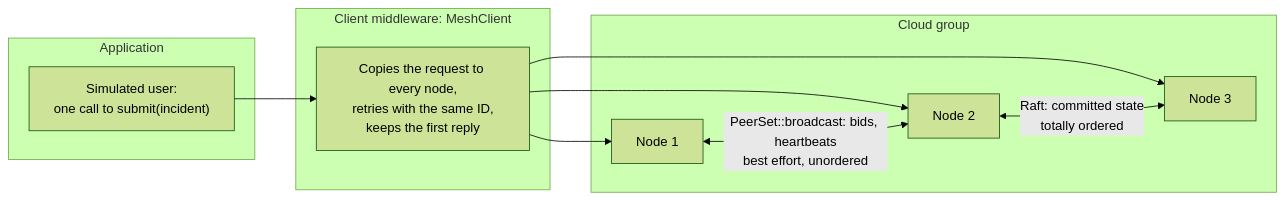
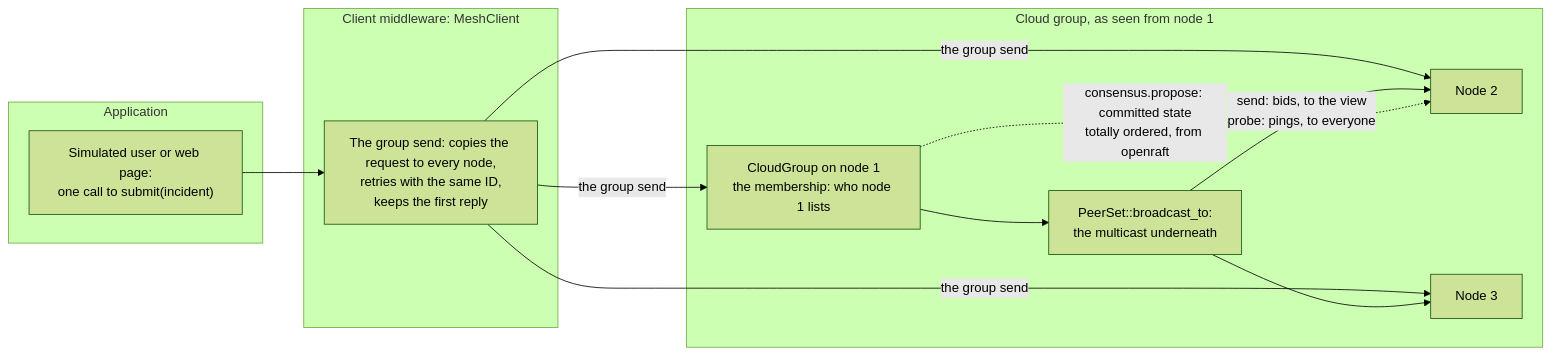
Before and after one commit to noortaytoy1/DistributedSystems: the seventh of 43 diagrams in docs/architecture.md, drawn with Mermaid (forest theme). The commit also changed other lines of this file and 7 other files, not shown here.

````diff
--- a/docs/architecture.md
+++ b/docs/architecture.md
@@ -278,20 +423,23 @@
 ```mermaid
 flowchart LR
     subgraph APP["Application"]
-        USER["Simulated user:<br/>one call to submit(incident)"]
+        USER["Simulated user or web page:<br/>one call to submit(incident)"]
     end
     subgraph MW["Client middleware: MeshClient"]
-        COPY["Copies the request to every node,<br/>retries with the same ID,<br/>keeps the first reply"]
+        COPY["The group send: copies the request to every node,<br/>retries with the same ID,<br/>keeps the first reply"]
     end
-    subgraph CLOUD["Cloud group"]
-        N1["Node 1"]
+    subgraph CLOUD["Cloud group, as seen from node 1"]
+        G["CloudGroup on node 1<br/>the membership: who node 1 lists"]
+        B["PeerSet::broadcast_to:<br/>the multicast underneath"]
         N2["Node 2"]
         N3["Node 3"]
+        G --> B
     end
     USER --> COPY
-    COPY --> N1
-    COPY --> N2
-    COPY --> N3
-    N1 <-->|"PeerSet::broadcast: bids, heartbeats<br/>best effort, unordered"| N2
-    N2 <-->|"Raft: committed state<br/>totally ordered"| N3
+    COPY -->|"the group send"| G
+    COPY -->|"the group send"| N2
+    COPY -->|"the group send"| N3
+    B -->|"send: bids, to the view<br/>probe: pings, to everyone"| N2
+    B --> N3
+    G -.->|"consensus.propose: committed state<br/>totally ordered, from openraft"| N2
 ```
````
